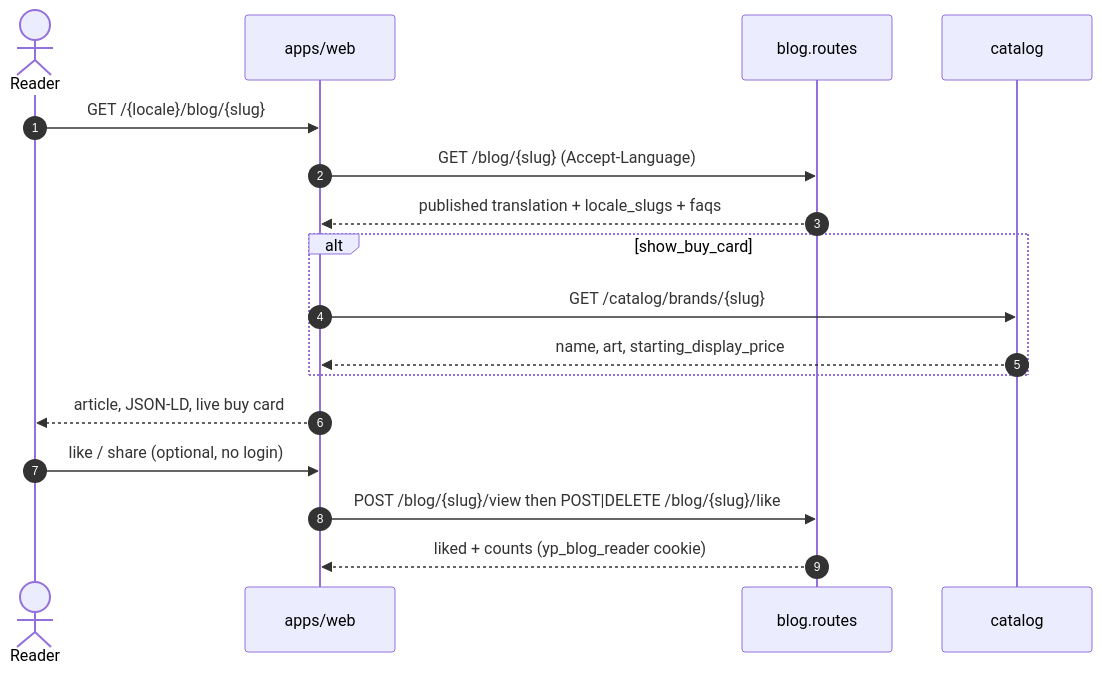
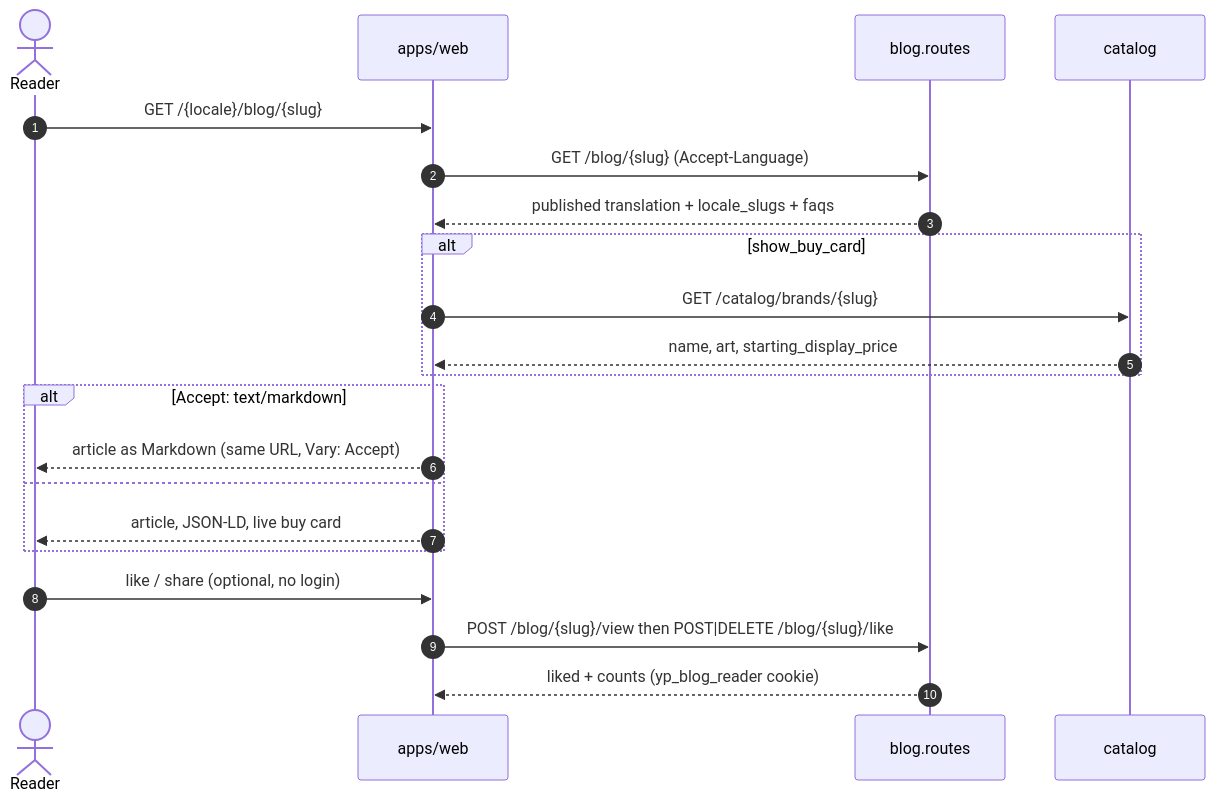
The diagram in docs/product/flows/blog.md (jamaomonov/yupay), drawn with Mermaid before and after one commit. The commit also changed other lines of this file and 23 other files, not shown here.

````diff
--- a/docs/product/flows/blog.md
+++ b/docs/product/flows/blog.md
@@ -6,20 +6,24 @@
 ```mermaid
 sequenceDiagram
     autonumber
     actor R as Reader
     participant Web as apps/web
     participant API as blog.routes
     participant Cat as catalog
 
     R->>Web: GET /{locale}/blog/{slug}
     Web->>API: GET /blog/{slug} (Accept-Language)
     API-->>Web: published translation + locale_slugs + faqs
     alt show_buy_card
         Web->>Cat: GET /catalog/brands/{slug}
         Cat-->>Web: name, art, starting_display_price
     end
-    Web-->>R: article, JSON-LD, live buy card
+    alt Accept: text/markdown
+        Web-->>R: article as Markdown (same URL, Vary: Accept)
+    else
+        Web-->>R: article, JSON-LD, live buy card
+    end
     R->>Web: like / share (optional, no login)
     Web->>API: POST /blog/{slug}/view then POST|DELETE /blog/{slug}/like
     API-->>Web: liked + counts (yp_blog_reader cookie)
 ```
````
